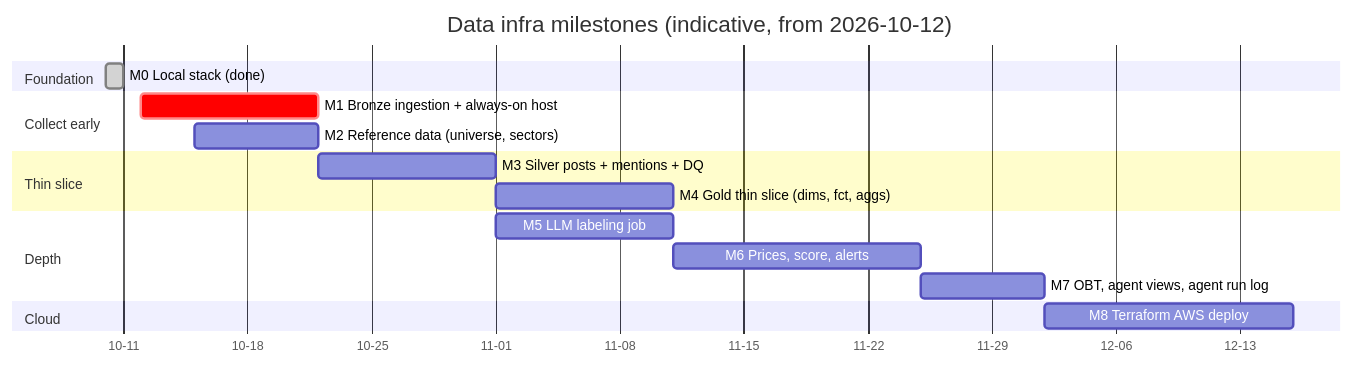
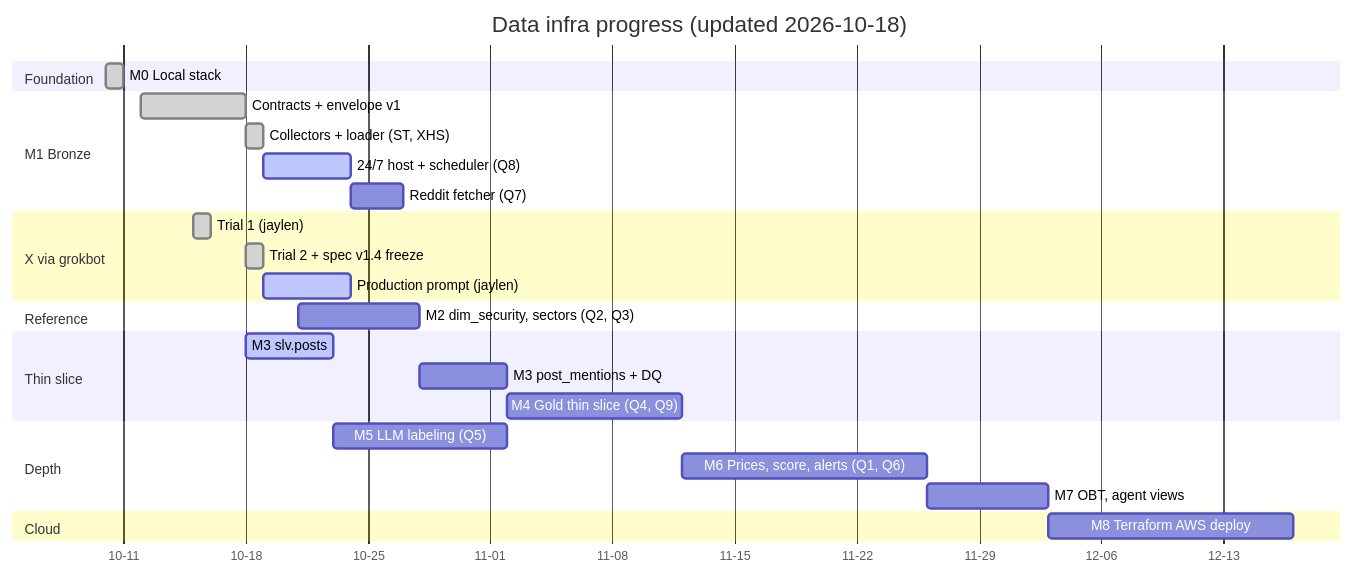
One commit to EZmoneySniper250/StockEmotionsCoMemory changed the diagram in Phases & Milestones.md. Above: the diagram before and after it, drawn with Mermaid. The commit also changed other lines of this file, not shown here.

Commit message:
status(roadmap): M1 code done, M3 started, gantt with real progress [ai:jerry]

````diff
--- a/Phases & Milestones.md
+++ b/Phases & Milestones.md
@@ -31,20 +31,30 @@
 ```mermaid
 gantt
-    title Data infra milestones (indicative, from 2026-10-12)
+    title Data infra progress (updated 2026-10-18)
     dateFormat YYYY-MM-DD
     axisFormat %m-%d
+    todayMarker on
     section Foundation
-    M0 Local stack (done)                 :done, m0, 2026-10-10, 1d
-    section Collect early
-    M1 Bronze ingestion + always-on host  :crit, m1, 2026-10-12, 10d
-    M2 Reference data (universe, sectors) :m2, 2026-10-15, 7d
+    M0 Local stack                        :done, m0, 2026-10-10, 1d
+    section M1 Bronze
+    Contracts + envelope v1               :done, m1a, 2026-10-12, 2026-10-18
+    Collectors + loader (ST, XHS)         :done, m1b, 2026-10-18, 1d
+    24/7 host + scheduler (Q8)            :active, m1c, 2026-10-19, 5d
+    Reddit fetcher (Q7)                   :m1d, after m1c, 3d
+    section X via grokbot
+    Trial 1 (jaylen)                      :done, x1, 2026-10-15, 1d
+    Trial 2 + spec v1.4 freeze            :done, x2, 2026-10-18, 1d
+    Production prompt (jaylen)            :active, x3, 2026-10-19, 5d
+    section Reference
+    M2 dim_security, sectors (Q2, Q3)     :m2, 2026-10-21, 7d
     section Thin slice
-    M3 Silver posts + mentions + DQ       :m3, after m1, 10d
-    M4 Gold thin slice (dims, fct, aggs)  :m4, after m3, 10d
+    M3 slv.posts                          :active, m3a, 2026-10-18, 5d
+    M3 post_mentions + DQ                 :m3b, after m2, 5d
+    M4 Gold thin slice (Q4, Q9)           :m4, after m3b, 10d
     section Depth
-    M5 LLM labeling job                   :m5, after m3, 10d
-    M6 Prices, score, alerts              :m6, after m4, 14d
-    M7 OBT, agent views, agent run log    :m7, after m6, 7d
+    M5 LLM labeling (Q5)                  :m5, after m3a, 10d
+    M6 Prices, score, alerts (Q1, Q6)     :m6, after m4, 14d
+    M7 OBT, agent views                   :m7, after m6, 7d
     section Cloud
     M8 Terraform AWS deploy               :m8, after m7, 14d
 ```
````
